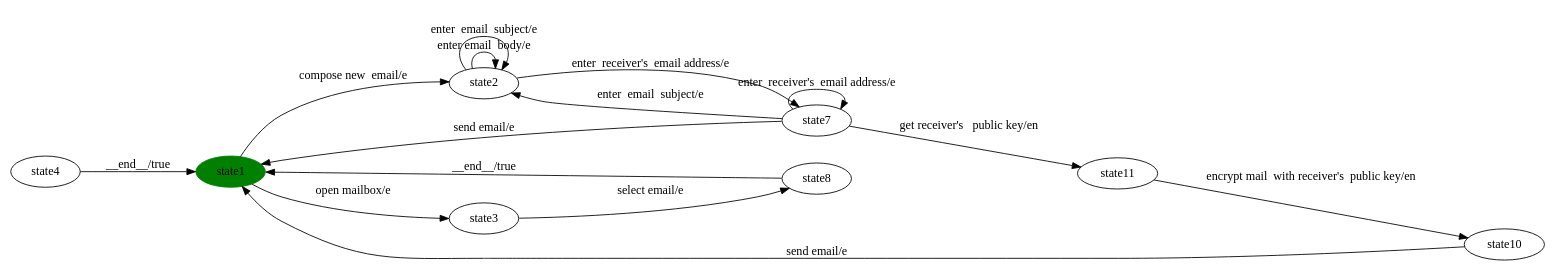
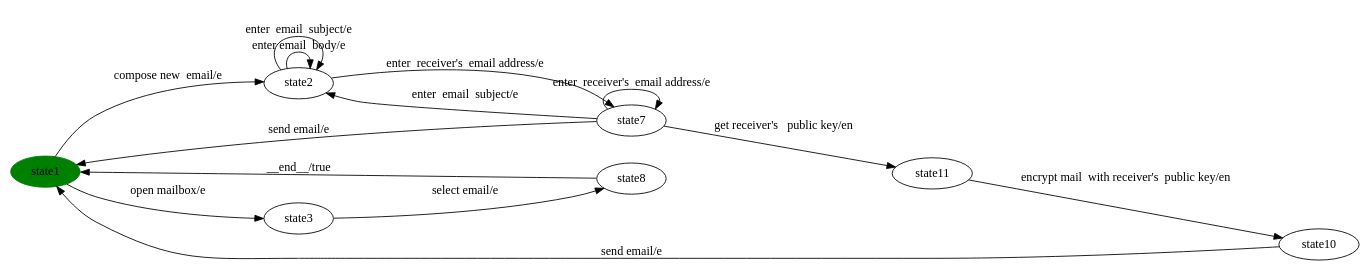
The diagram in milestone-reports/full-pipeline-walkthrough/eMail/eMail-step2-projected.dot (dilekozturk93/vibes), drawn with Graphviz before and after one commit. The commit also changed 80 other files, not shown here.

```diff
--- a/milestone-reports/full-pipeline-walkthrough/eMail/eMail-step2-projected.dot
+++ b/milestone-reports/full-pipeline-walkthrough/eMail/eMail-step2-projected.dot
@@ -1,25 +1,23 @@
 digraph G {
 rankdir=LR;
 state0[ label = "state1", style=filled, color=green ];
-state1 [ label = "state8" ];
-state2 [ label = "state11" ];
-state3 [ label = "state10" ];
-state4 [ label = "state7" ];
+state1 [ label = "state11" ];
+state2 [ label = "state8" ];
+state3 [ label = "state7" ];
+state4 [ label = "state10" ];
 state5 [ label = "state2" ];
-state6 [ label = "state4" ];
-state7 [ label = "state3" ];
-state4 -> state0 [ label=" send email/e " ];
-state4 -> state2 [ label=" get receiver's   public key/en " ];
-state2 -> state3 [ label=" encrypt mail  with receiver's  public key/en " ];
-state7 -> state1 [ label=" select email/e " ];
-state5 -> state4 [ label=" enter  receiver's  email address/e " ];
-state4 -> state5 [ label=" enter  email  subject/e " ];
-state6 -> state0 [ label=" __end__/true " ];
-state1 -> state0 [ label=" __end__/true " ];
-state0 -> state7 [ label=" open mailbox/e " ];
+state6 [ label = "state3" ];
+state3 -> state0 [ label=" send email/e " ];
+state3 -> state1 [ label=" get receiver's   public key/en " ];
+state1 -> state4 [ label=" encrypt mail  with receiver's  public key/en " ];
+state6 -> state2 [ label=" select email/e " ];
+state5 -> state3 [ label=" enter  receiver's  email address/e " ];
+state3 -> state5 [ label=" enter  email  subject/e " ];
+state2 -> state0 [ label=" __end__/true " ];
+state0 -> state6 [ label=" open mailbox/e " ];
 state0 -> state5 [ label=" compose new  email/e " ];
 state5 -> state5 [ label=" enter email  body/e " ];
 state5 -> state5 [ label=" enter  email  subject/e " ];
-state3 -> state0 [ label=" send email/e " ];
-state4 -> state4 [ label=" enter  receiver's  email address/e " ];
+state4 -> state0 [ label=" send email/e " ];
+state3 -> state3 [ label=" enter  receiver's  email address/e " ];
 }
```
